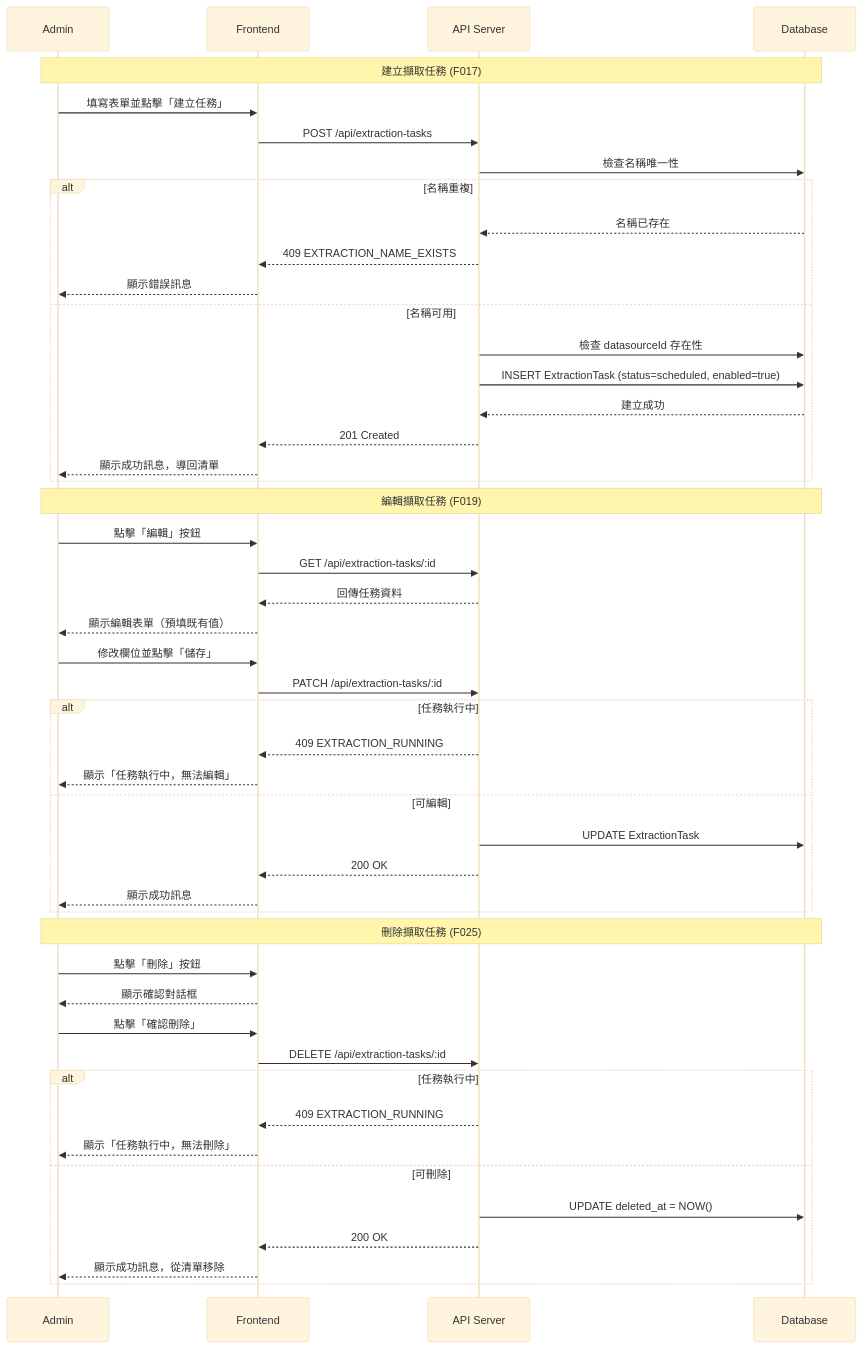
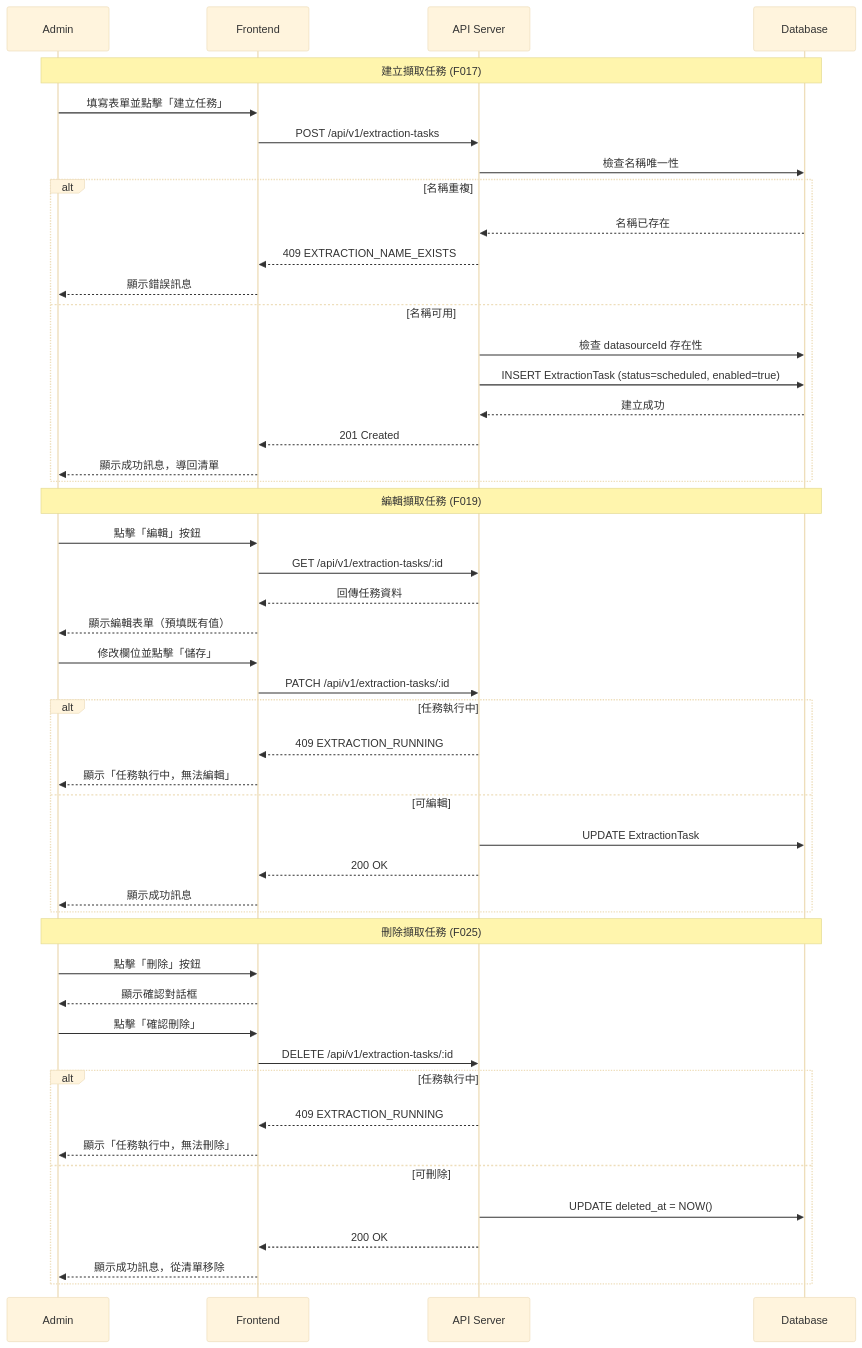
One commit to wisewhalesoft/cdmp-mvp changed the diagram in docs/specs/diagrams/extraction-crud-flow.md. Above: the diagram before and after it, drawn with Mermaid (base theme). The commit also changed 18 other files, not shown here.

Commit message:
fix(E04): 統一 API 路徑前綴為 /api/v1/extraction-tasks

````diff
--- a/docs/specs/diagrams/extraction-crud-flow.md
+++ b/docs/specs/diagrams/extraction-crud-flow.md
@@ -1,54 +1,54 @@
 ```mermaid
 %% 擷取任務 CRUD 流程 — 建立、編輯、刪除
 sequenceDiagram
     participant Admin
     participant Frontend
     participant API as API Server
     participant DB as Database
 
     Note over Admin, DB: 建立擷取任務 (F017)
     Admin->>Frontend: 填寫表單並點擊「建立任務」
-    Frontend->>API: POST /api/extraction-tasks
+    Frontend->>API: POST /api/v1/extraction-tasks
     API->>DB: 檢查名稱唯一性
     alt 名稱重複
         DB-->>API: 名稱已存在
         API-->>Frontend: 409 EXTRACTION_NAME_EXISTS
         Frontend-->>Admin: 顯示錯誤訊息
     else 名稱可用
         API->>DB: 檢查 datasourceId 存在性
         API->>DB: INSERT ExtractionTask (status=scheduled, enabled=true)
         DB-->>API: 建立成功
         API-->>Frontend: 201 Created
         Frontend-->>Admin: 顯示成功訊息，導回清單
     end
 
     Note over Admin, DB: 編輯擷取任務 (F019)
     Admin->>Frontend: 點擊「編輯」按鈕
-    Frontend->>API: GET /api/extraction-tasks/:id
+    Frontend->>API: GET /api/v1/extraction-tasks/:id
     API-->>Frontend: 回傳任務資料
     Frontend-->>Admin: 顯示編輯表單（預填既有值）
     Admin->>Frontend: 修改欄位並點擊「儲存」
-    Frontend->>API: PATCH /api/extraction-tasks/:id
+    Frontend->>API: PATCH /api/v1/extraction-tasks/:id
     alt 任務執行中
         API-->>Frontend: 409 EXTRACTION_RUNNING
         Frontend-->>Admin: 顯示「任務執行中，無法編輯」
     else 可編輯
         API->>DB: UPDATE ExtractionTask
         API-->>Frontend: 200 OK
         Frontend-->>Admin: 顯示成功訊息
     end
 
     Note over Admin, DB: 刪除擷取任務 (F025)
     Admin->>Frontend: 點擊「刪除」按鈕
     Frontend-->>Admin: 顯示確認對話框
     Admin->>Frontend: 點擊「確認刪除」
-    Frontend->>API: DELETE /api/extraction-tasks/:id
+    Frontend->>API: DELETE /api/v1/extraction-tasks/:id
     alt 任務執行中
         API-->>Frontend: 409 EXTRACTION_RUNNING
         Frontend-->>Admin: 顯示「任務執行中，無法刪除」
     else 可刪除
         API->>DB: UPDATE deleted_at = NOW()
         API-->>Frontend: 200 OK
         Frontend-->>Admin: 顯示成功訊息，從清單移除
     end
 ```
````
